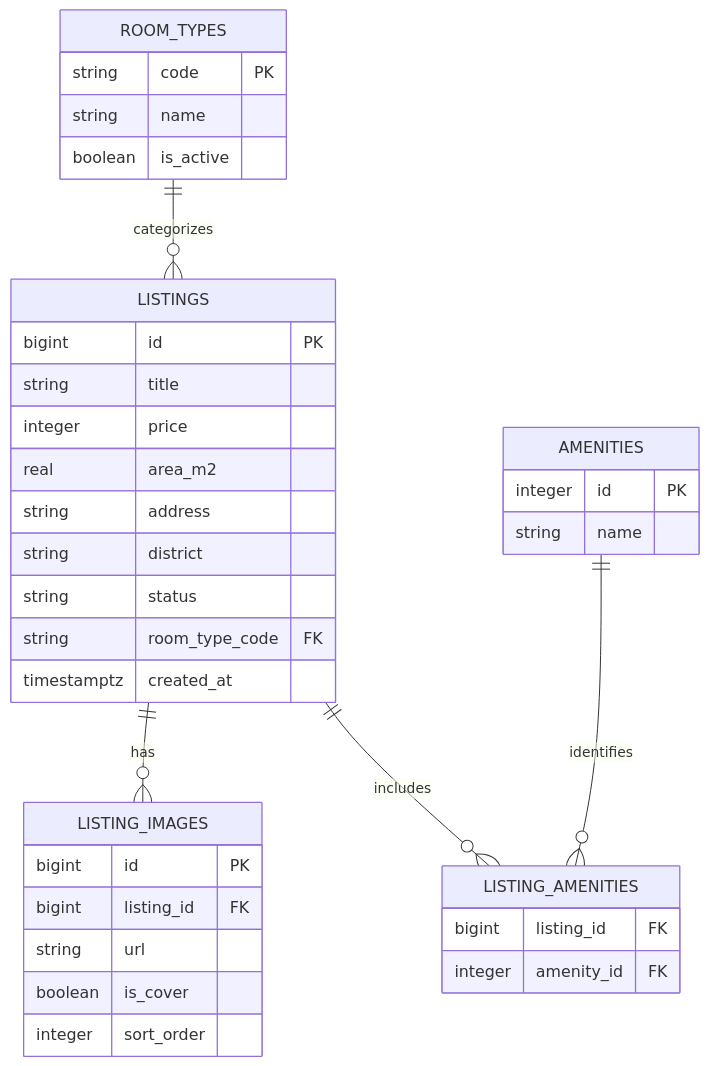
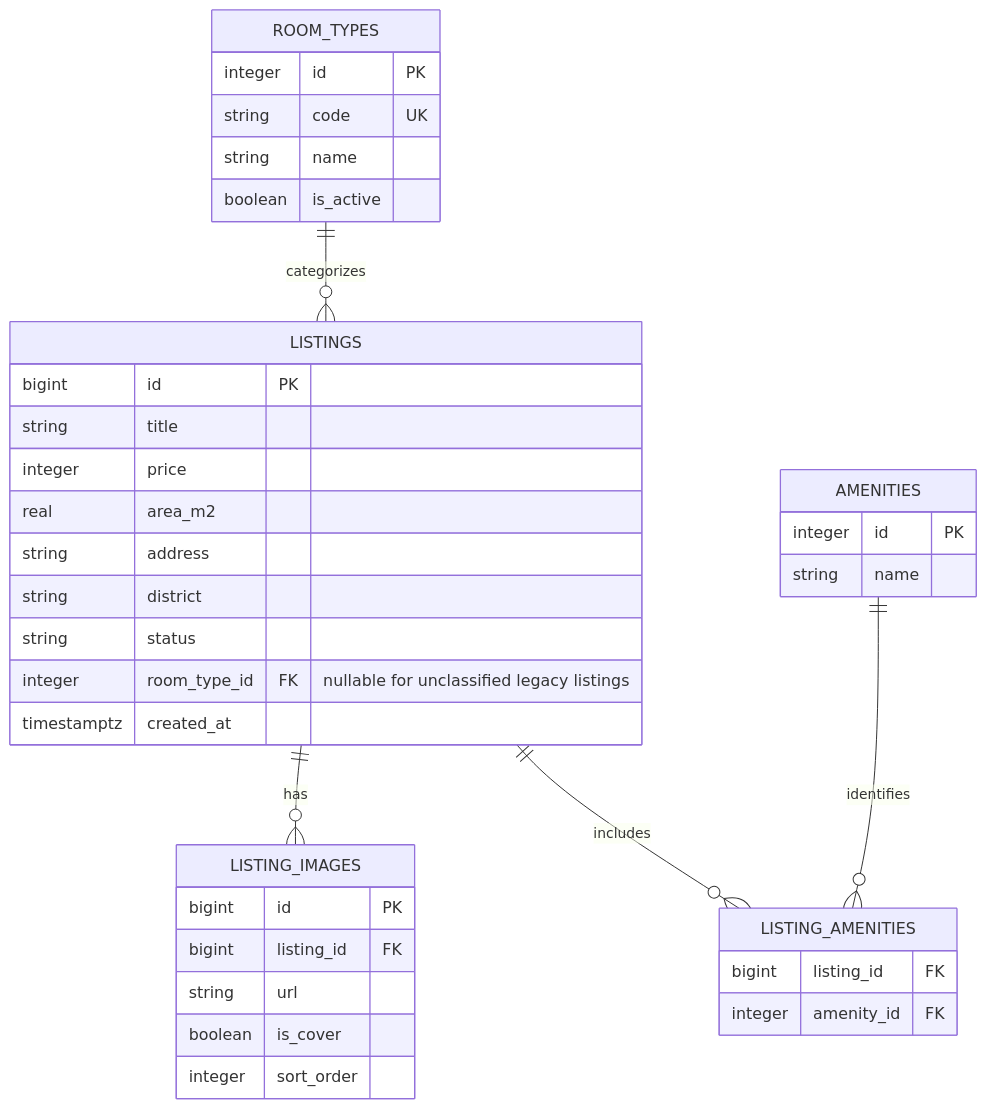
Before and after one commit to hiedan/Roomify: the diagram in src/specs/002-search-filtering/data-model.md, drawn with Mermaid. The commit also changed other lines of this file and 17 other files, not shown here.

Commit message:
feat(search): implement backend search and room-type persistence

````diff
--- a/src/specs/002-search-filtering/data-model.md
+++ b/src/specs/002-search-filtering/data-model.md
@@ -11,38 +11,39 @@
 ```mermaid
 erDiagram
     ROOM_TYPES ||--o{ LISTINGS : categorizes
     LISTINGS ||--o{ LISTING_IMAGES : has
     LISTINGS ||--o{ LISTING_AMENITIES : includes
     AMENITIES ||--o{ LISTING_AMENITIES : identifies
     ROOM_TYPES {
-        string code PK
+        integer id PK
+        string code UK
         string name
         boolean is_active
     }
     LISTINGS {
         bigint id PK
         string title
         integer price
         real area_m2
         string address
         string district
         string status
-        string room_type_code FK
+        integer room_type_id FK "nullable for unclassified legacy listings"
         timestamptz created_at
     }
     LISTING_IMAGES {
         bigint id PK
         bigint listing_id FK
         string url
         boolean is_cover
         integer sort_order
     }
     AMENITIES {
         integer id PK
         string name
     }
     LISTING_AMENITIES {
         bigint listing_id FK
         integer amenity_id FK
     }
 ```
````
